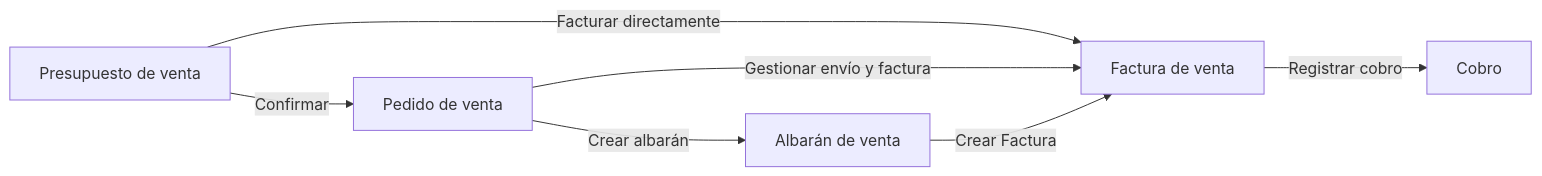
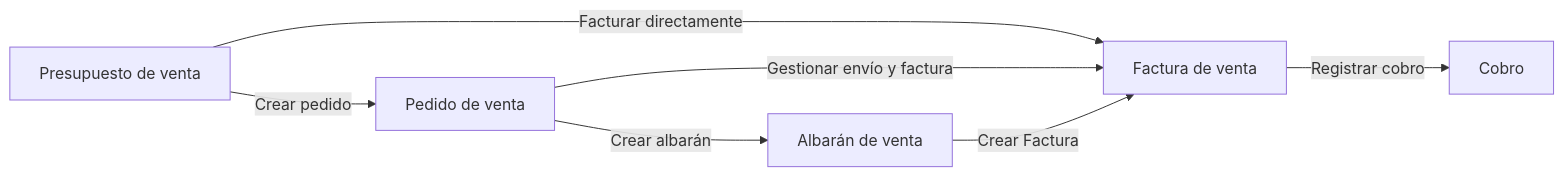
Before and after one commit to etendosoftware/etendo-go-docs: the diagram in docs/es/comercial/ventas/que-es-la-seccion-ventas/que-es-la-seccion-ventas.md, drawn with Mermaid. The commit also changed other lines of this file and 56 other files, not shown here.

````diff
--- a/docs/es/comercial/ventas/que-es-la-seccion-ventas/que-es-la-seccion-ventas.md
+++ b/docs/es/comercial/ventas/que-es-la-seccion-ventas/que-es-la-seccion-ventas.md
@@ -18,9 +21,9 @@
 ```mermaid
 flowchart LR
-  A[Presupuesto de venta] -->|Confirmar| B[Pedido de venta]
+  A[Presupuesto de venta] -->|Crear pedido| B[Pedido de venta]
   A -->|Facturar directamente| D[Factura de venta]
   B -->|Crear albarán| C[Albarán de venta]
   B -->|Gestionar envío y factura| D
   C -->|Crear Factura| D
   D -->|Registrar cobro| E[Cobro]
 ```
````
